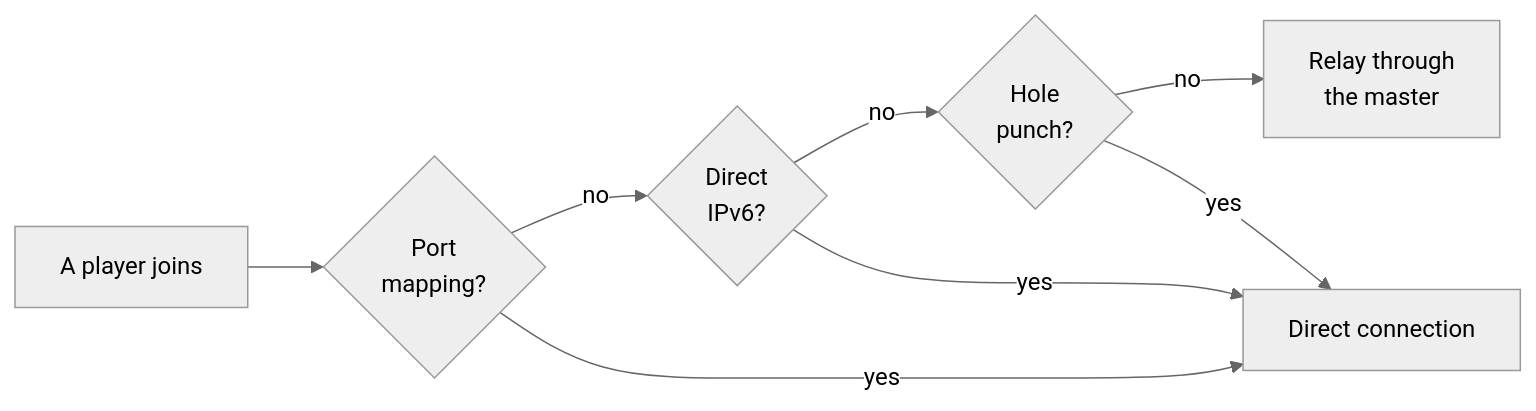
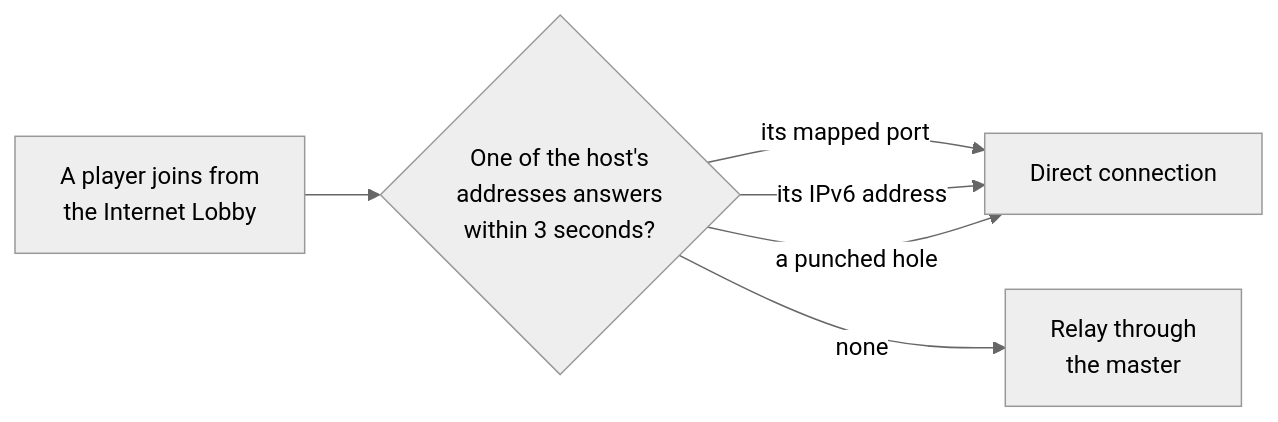
One commit to john-overton/T.O.R.E-Fighters changed the fourth of 4 diagrams in docs/MULTIPLAYER.md. Above: the diagram before and after it, drawn with Mermaid (neutral theme). The commit also changed other lines of this file and 4 other files, not shown here.

First line of the commit message:
Design stages I and J: master server, Internet Lobby and connectivity

````diff
--- a/docs/MULTIPLAYER.md
+++ b/docs/MULTIPLAYER.md
@@ -497,10 +544,8 @@
 ```mermaid
 flowchart LR
-  join["A player joins"] --> mapped{"Port<br/>mapping?"}
-  mapped -->|"no"| v6{"Direct<br/>IPv6?"}
-  v6 -->|"no"| punch{"Hole<br/>punch?"}
-  punch -->|"no"| relay["Relay through<br/>the master"]
-  mapped -->|"yes"| direct["Direct connection"]
-  v6 -->|"yes"| direct
-  punch -->|"yes"| direct
+  join["A player joins from<br/>the Internet Lobby"] --> race{"One of the host's<br/>addresses answers<br/>within 3 seconds?"}
+  race -->|"its mapped port"| direct["Direct connection"]
+  race -->|"its IPv6 address"| direct
+  race -->|"a punched hole"| direct
+  race -->|"none"| relay["Relay through<br/>the master"]
 ```
````
